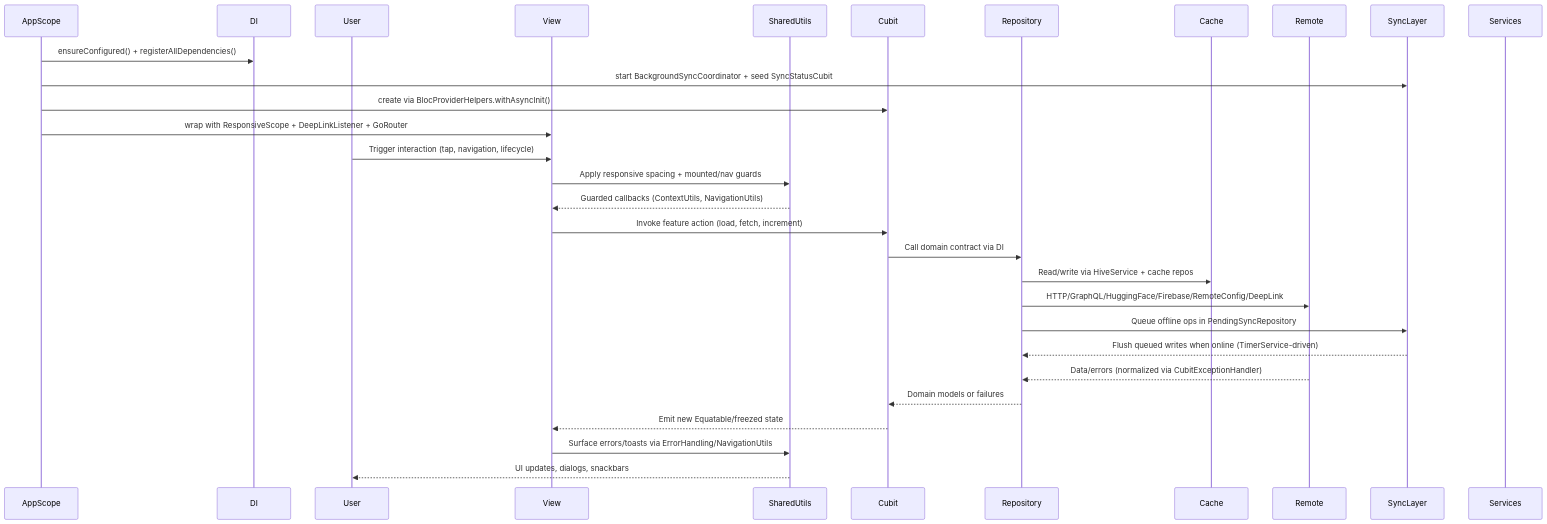
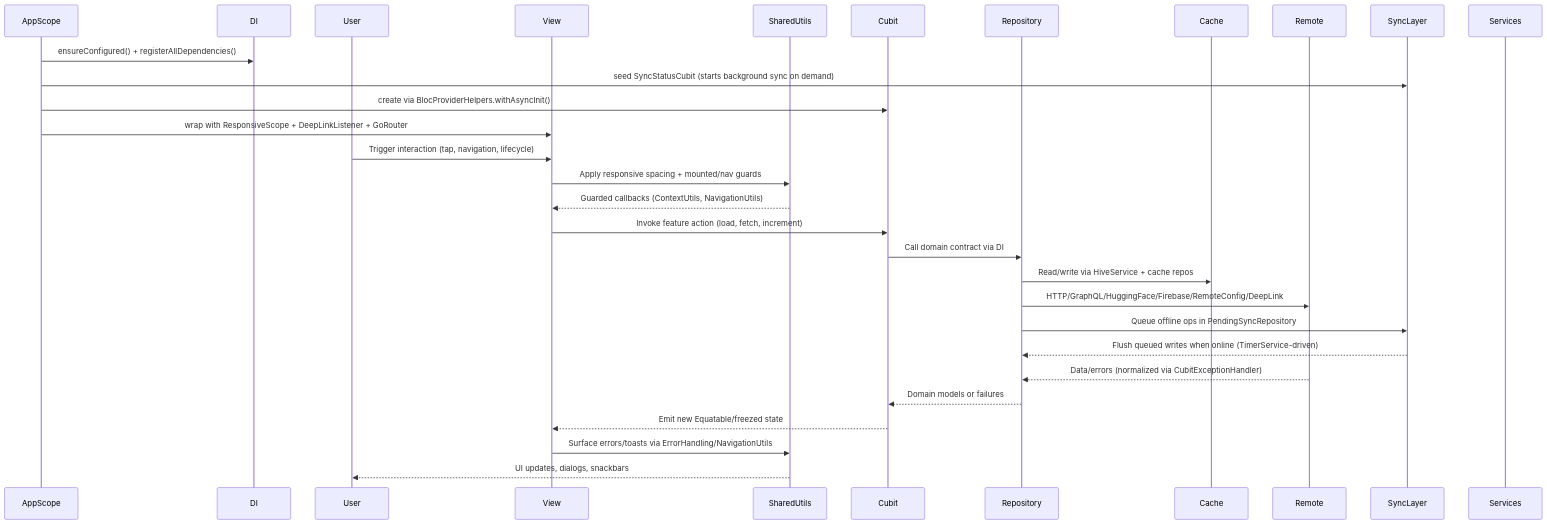
One commit to redjadet/flutter_bloc_app changed the second of 2 diagrams in docs/architecture_details.md. Above: the diagram before and after it, drawn with Mermaid. The commit also changed other lines of this file and 53 other files, not shown here.

````diff
--- a/docs/architecture_details.md
+++ b/docs/architecture_details.md
@@ -112,33 +130,33 @@
 ```mermaid
 sequenceDiagram
   participant AppScope
   participant DI
   participant User
   participant View
   participant SharedUtils
   participant Cubit
   participant Repository
   participant Cache
   participant Remote
   participant SyncLayer
   participant Services
 
   AppScope->>DI: ensureConfigured() + registerAllDependencies()
-  AppScope->>SyncLayer: start BackgroundSyncCoordinator + seed SyncStatusCubit
+  AppScope->>SyncLayer: seed SyncStatusCubit (starts background sync on demand)
   AppScope->>Cubit: create via BlocProviderHelpers.withAsyncInit()
   AppScope->>View: wrap with ResponsiveScope + DeepLinkListener + GoRouter
   User->>View: Trigger interaction (tap, navigation, lifecycle)
   View->>SharedUtils: Apply responsive spacing + mounted/nav guards
   SharedUtils-->>View: Guarded callbacks (ContextUtils, NavigationUtils)
   View->>Cubit: Invoke feature action (load, fetch, increment)
   Cubit->>Repository: Call domain contract via DI
   Repository->>Cache: Read/write via HiveService + cache repos
   Repository->>Remote: HTTP/GraphQL/HuggingFace/Firebase/RemoteConfig/DeepLink
   Repository->>SyncLayer: Queue offline ops in PendingSyncRepository
   SyncLayer-->>Repository: Flush queued writes when online (TimerService-driven)
   Remote-->>Repository: Data/errors (normalized via CubitExceptionHandler)
   Repository-->>Cubit: Domain models or failures
   Cubit-->>View: Emit new Equatable/freezed state
   View->>SharedUtils: Surface errors/toasts via ErrorHandling/NavigationUtils
   SharedUtils-->>User: UI updates, dialogs, snackbars
 ```
````
